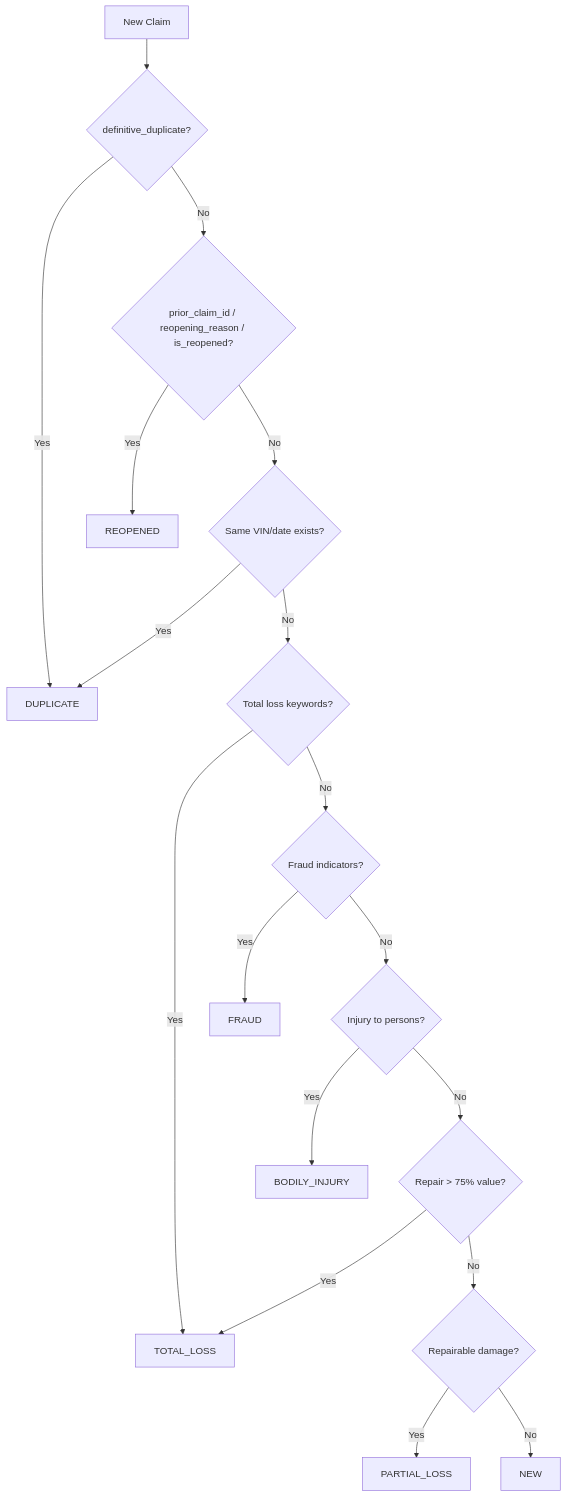
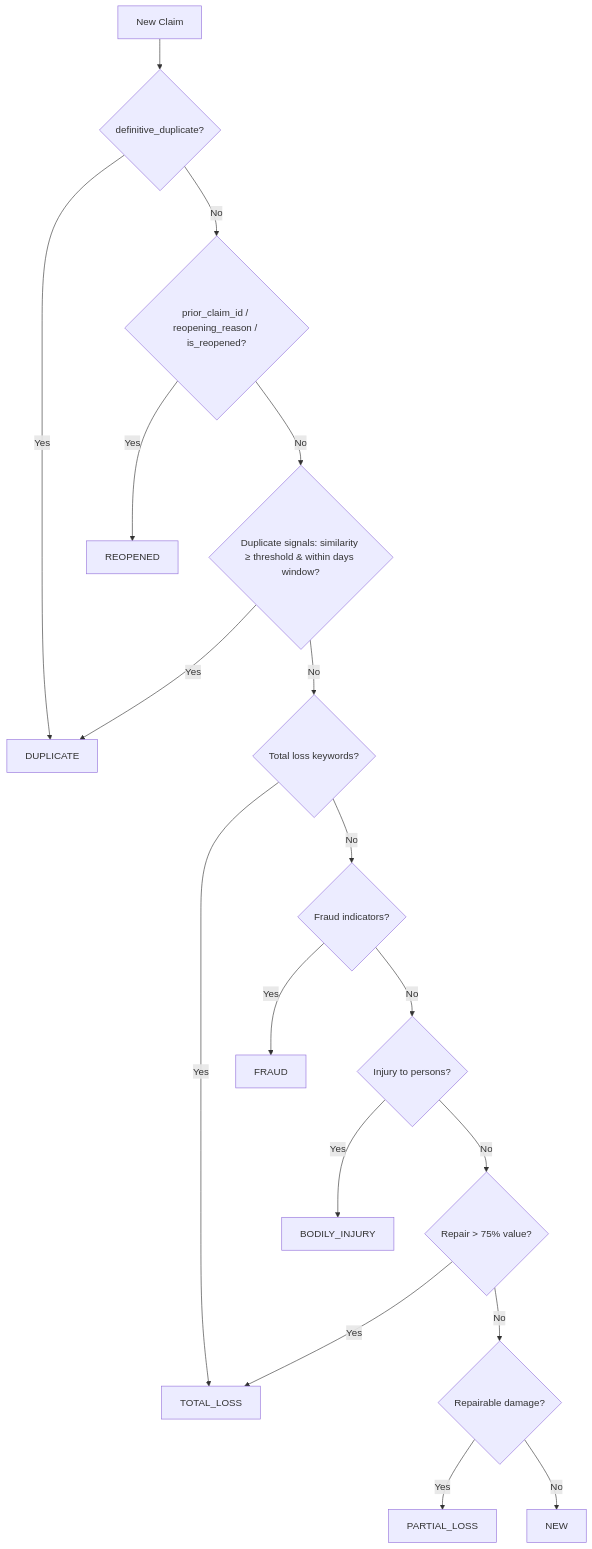
One commit to csmangum/auto-agent changed the diagram in docs/claim-types.md. Above: the diagram before and after it, drawn with Mermaid. The commit also changed other lines of this file and 1 other file, not shown here.

````diff
--- a/docs/claim-types.md
+++ b/docs/claim-types.md
@@ -106,20 +106,20 @@
 ```mermaid
 flowchart TD
     A[New Claim] --> B{definitive_duplicate?}
     B -->|Yes| C[DUPLICATE]
     B -->|No| D{prior_claim_id / reopening_reason / is_reopened?}
     D -->|Yes| E[REOPENED]
-    D -->|No| H{Same VIN/date exists?}
+    D -->|No| H{Duplicate signals: similarity ≥ threshold & within days window?}
     H -->|Yes| C
     H -->|No| I{Total loss keywords?}
     I -->|Yes| J[TOTAL_LOSS]
     I -->|No| F{Fraud indicators?}
     F -->|Yes| G[FRAUD]
     F -->|No| K{Injury to persons?}
     K -->|Yes| L[BODILY_INJURY]
     K -->|No| M{Repair > 75% value?}
     M -->|Yes| J
     M -->|No| N{Repairable damage?}
     N -->|Yes| O[PARTIAL_LOSS]
     N -->|No| P[NEW]
 ```
````
